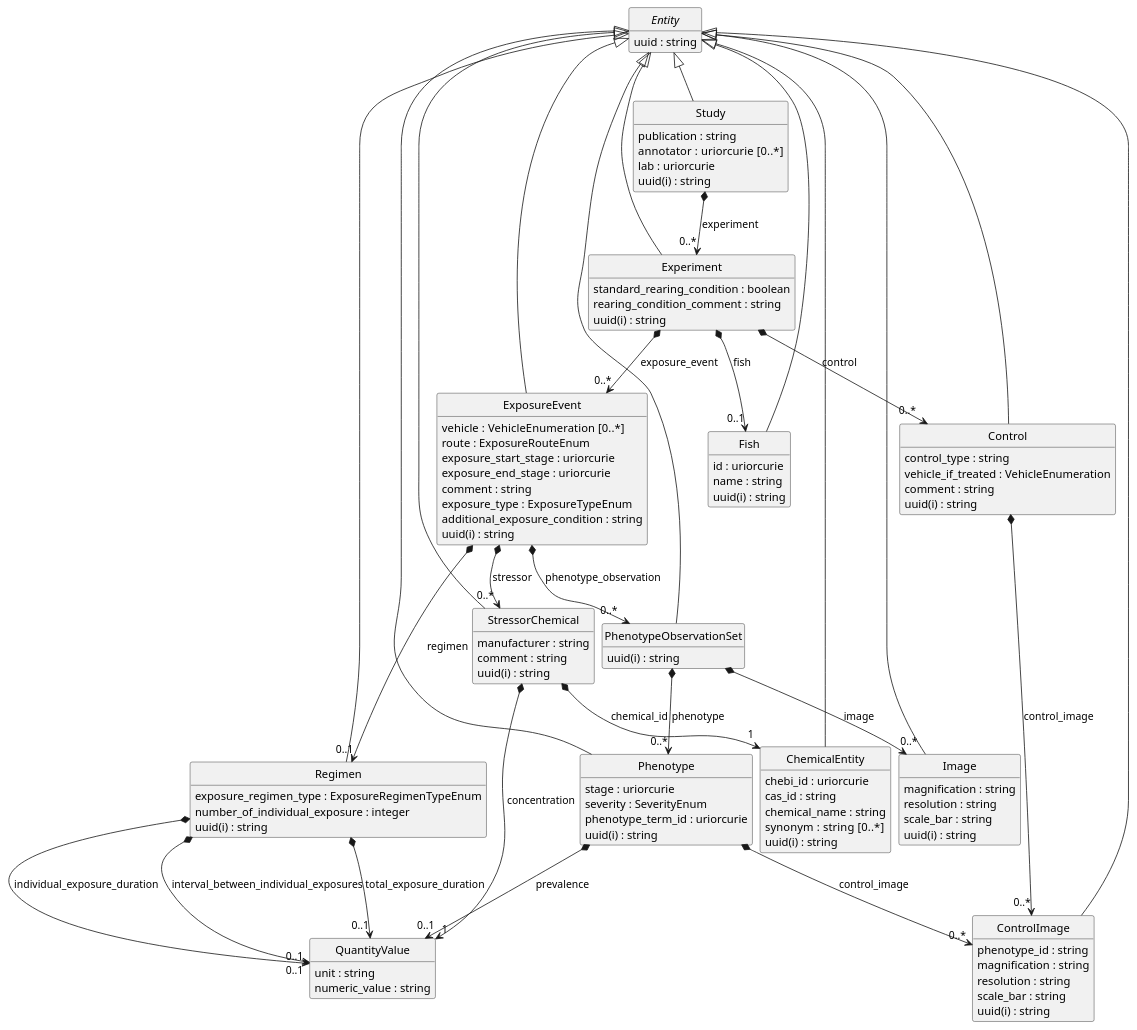
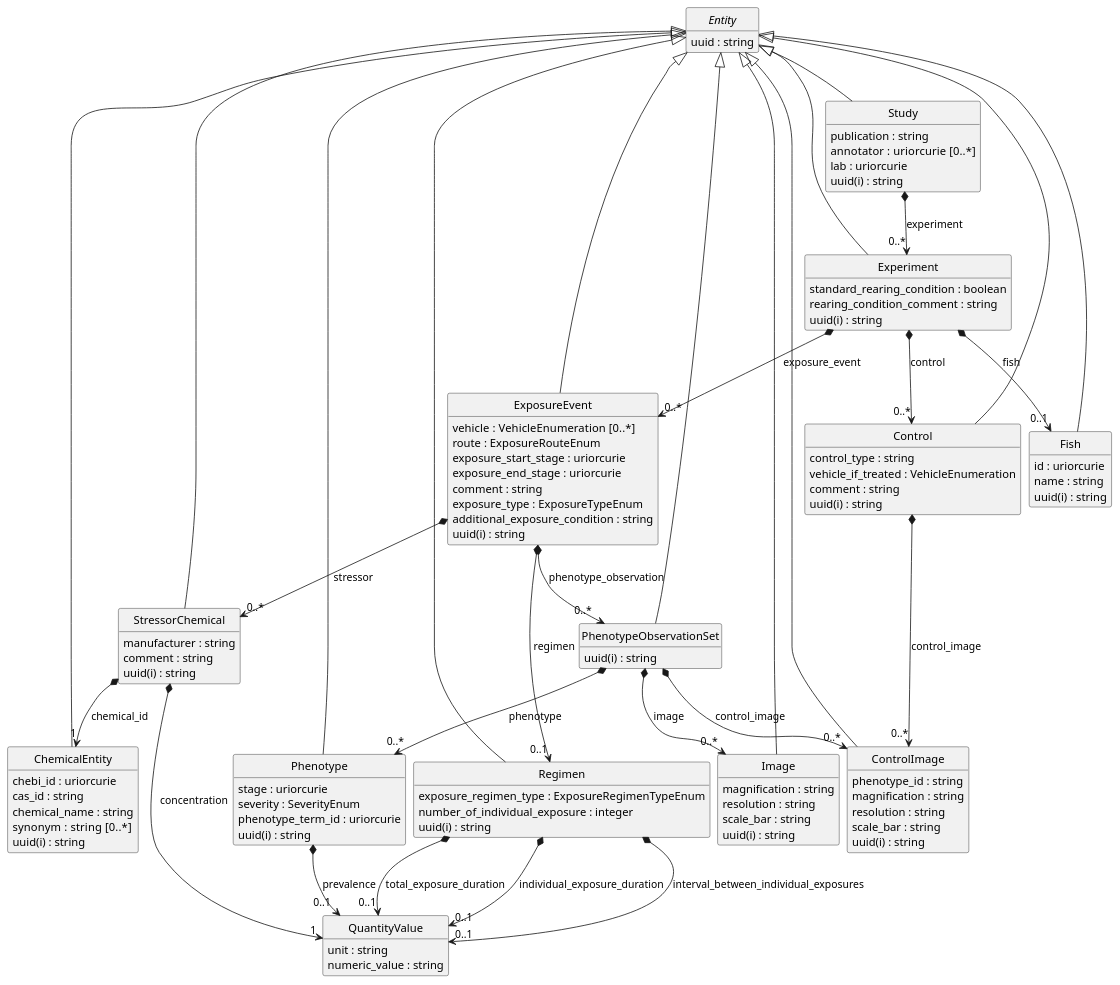
One commit to EHS-Data-Standards/zebrafish-toxicology-atlas-schema changed the diagram in schema_diagram.puml. Above: the diagram before and after it, drawn with PlantUML. The commit also changed 29 other files, not shown here.

```diff
--- a/schema_diagram.puml
+++ b/schema_diagram.puml
@@ -1,112 +1,112 @@
 @startuml
 skinparam nodesep 10
 hide circle
 hide empty members
 class "StressorChemical" [[{A chemical, that elicit a response (a phenotype) in a subject when when encountered through exposure.}]] {
     {field} manufacturer : string  
     {field} comment : string  
     {field} uuid(i) : string  
 }
 class "QuantityValue" [[{A value of an attribute that is quantitative and measurable, expressed as a combination of a unit and a numeric value}]] {
     {field} unit : string  
     {field} numeric_value : string  
 }
 class "Regimen" [[{The schedule and pattern of an exposure event.}]] {
     {field} exposure_regimen_type : ExposureRegimenTypeEnum  
     {field} number_of_individual_exposure : integer  
     {field} uuid(i) : string  
 }
 class "Phenotype" [[{Any measurable or visible trait change in the subject as a result of exposure.}]] {
     {field} stage : uriorcurie  
     {field} severity : SeverityEnum  
     {field} phenotype_term_id : uriorcurie  
     {field} uuid(i) : string  
 }
 "StressorChemical" *--> "1" "QuantityValue" : "concentration"
 "Regimen" *--> "0..1" "QuantityValue" : "individual_exposure_duration"
 "Regimen" *--> "0..1" "QuantityValue" : "interval_between_individual_exposures"
 "Phenotype" *--> "0..1" "QuantityValue" : "prevalence"
 "Regimen" *--> "0..1" "QuantityValue" : "total_exposure_duration"
 class "ChemicalEntity" [[{The chemical used as the stressor chemical in an exposure event.}]] {
     {field} chebi_id : uriorcurie  
     {field} cas_id : string  
     {field} chemical_name : string  
     {field} synonym : string  [0..*]
     {field} uuid(i) : string  
 }
 class "ExposureEvent" [[{An occurrence in a study where a subject is exposed to a stressor under defined conditions.}]] {
     {field} vehicle : VehicleEnumeration  [0..*]
     {field} route : ExposureRouteEnum  
     {field} exposure_start_stage : uriorcurie  
     {field} exposure_end_stage : uriorcurie  
     {field} comment : string  
     {field} exposure_type : ExposureTypeEnum  
     {field} additional_exposure_condition : string  
     {field} uuid(i) : string  
 }
 abstract "Entity" [[{The base class for all entities in the Zebrafish Toxicology Atlas Schema.}]] {
     {field} uuid : string  
 }
 "StressorChemical" *--> "1" "ChemicalEntity" : "chemical_id"
 "ExposureEvent" *--> "0..*" "StressorChemical" : "stressor"
 "Entity" ^-- "StressorChemical"
 "ExposureEvent" *--> "0..1" "Regimen" : "regimen"
 "Entity" ^-- "Regimen"
+class "PhenotypeObservationSet" [[{A phenotypic outcome resulting from an exposure event.}]] {
+    {field} uuid(i) : string  
+}
+"PhenotypeObservationSet" *--> "0..*" "Phenotype" : "phenotype"
+"Entity" ^-- "Phenotype"
 class "ControlImage" [[{An image associated with a control, taken at the same developmental stage as the corresponding phenotype observation.}]] {
     {field} phenotype_id : string  
     {field} magnification : string  
     {field} resolution : string  
     {field} scale_bar : string  
     {field} uuid(i) : string  
 }
-class "PhenotypeObservationSet" [[{A phenotypic outcome resulting from an exposure event.}]] {
-    {field} uuid(i) : string  
-}
-"Phenotype" *--> "0..*" "ControlImage" : "control_image"
-"PhenotypeObservationSet" *--> "0..*" "Phenotype" : "phenotype"
-"Entity" ^-- "Phenotype"
 class "Image" [[{An image associated with a phenotype observation.}]] {
     {field} magnification : string  
     {field} resolution : string  
     {field} scale_bar : string  
     {field} uuid(i) : string  
 }
+"PhenotypeObservationSet" *--> "0..*" "ControlImage" : "control_image"
 "PhenotypeObservationSet" *--> "0..*" "Image" : "image"
 "ExposureEvent" *--> "0..*" "PhenotypeObservationSet" : "phenotype_observation"
 "Entity" ^-- "PhenotypeObservationSet"
 "Entity" ^-- "Image"
 class "Experiment" [[{Group of observations (phenotypic outcomes and their control) that are linked by a common experiment and subject that are part of a study.}]] {
     {field} standard_rearing_condition : boolean  
     {field} rearing_condition_comment : string  
     {field} uuid(i) : string  
 }
 "Experiment" *--> "0..*" "ExposureEvent" : "exposure_event"
 "Entity" ^-- "ExposureEvent"
 class "Control" [[{Information about controls used in the experiment, including the type of control (wildtype vs mutant, treated vs untreated) and vehicle information if applicable.}]] {
     {field} control_type : string  
     {field} vehicle_if_treated : VehicleEnumeration  
     {field} comment : string  
     {field} uuid(i) : string  
 }
 class "Fish" [[{Zebrafish used as subject in the study.}]] {
     {field} id : uriorcurie  
     {field} name : string  
     {field} uuid(i) : string  
 }
 class "Study" [[{A toxicological investigation, including the experimental conditions and phenotypic outcomes, with information provenance.}]] {
     {field} publication : string  
     {field} annotator : uriorcurie  [0..*]
     {field} lab : uriorcurie  
     {field} uuid(i) : string  
 }
 "Experiment" *--> "0..*" "Control" : "control"
 "Experiment" *--> "0..1" "Fish" : "fish"
 "Study" *--> "0..*" "Experiment" : "experiment"
 "Entity" ^-- "Experiment"
 "Entity" ^-- "Study"
 "Entity" ^-- "Fish"
 "Entity" ^-- "ControlImage"
 "Entity" ^-- "Control"
 "Entity" ^-- "ChemicalEntity"
 "Control" *--> "0..*" "ControlImage" : "control_image"
 @enduml
```
